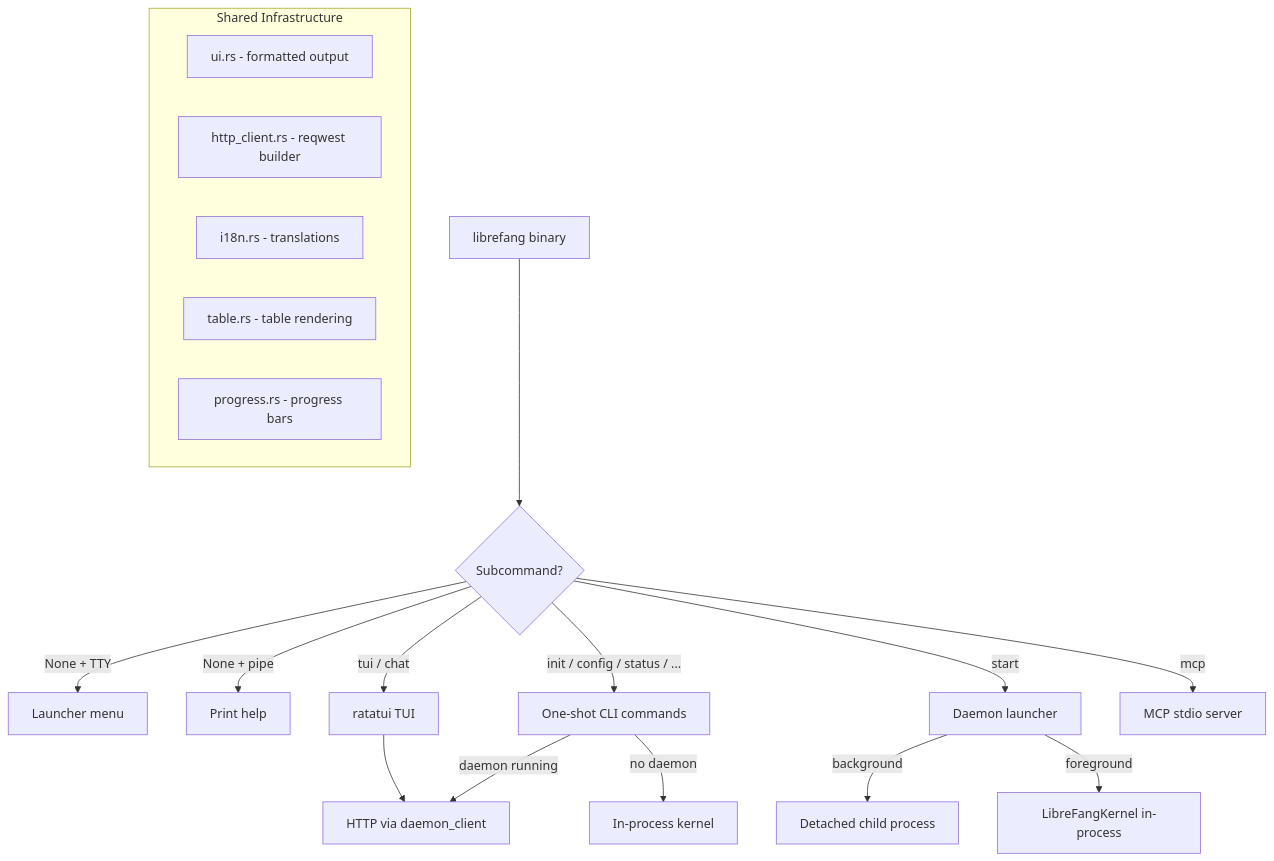
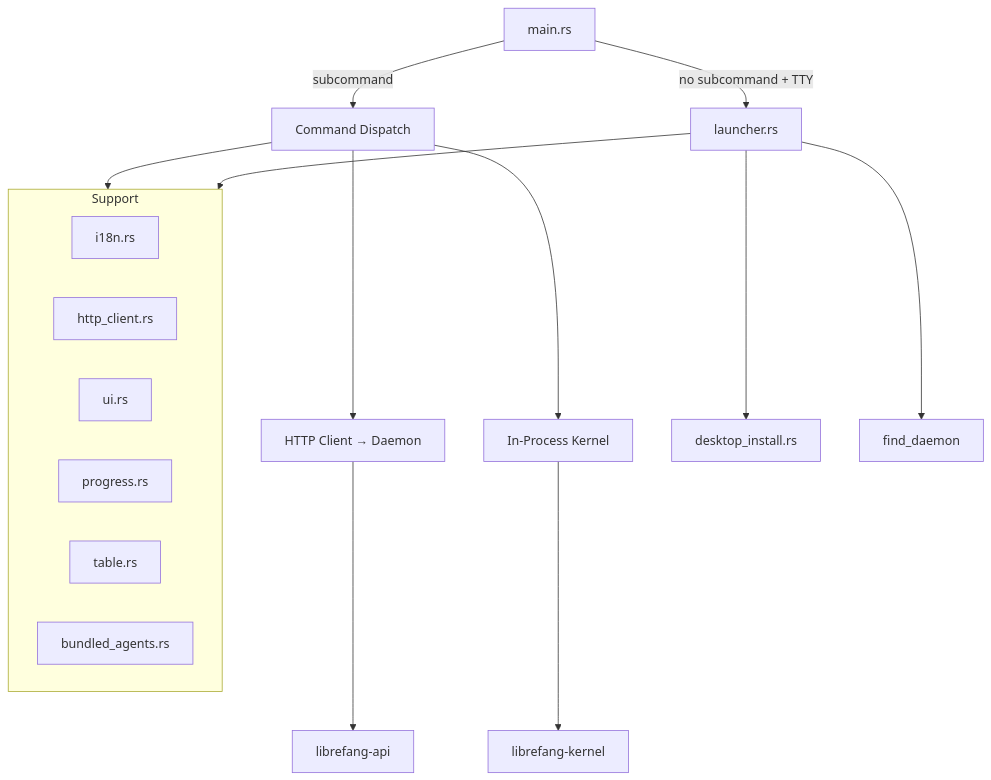
Before and after one commit to leszek3737/librefang-WIki: the diagram in cli-tui.md, drawn with Mermaid. The commit also changed other lines of this file and 118 other files, not shown here.

````diff
--- a/cli-tui.md
+++ b/cli-tui.md
@@ -9,26 +9,23 @@
 ```mermaid
 graph TD
-    A[librefang binary] --> B{Subcommand?}
-    B -->|None + TTY| C[Launcher menu]
-    B -->|None + pipe| D[Print help]
-    B -->|tui / chat| E[ratatui TUI]
-    B -->|init / config / status / ...| F[One-shot CLI commands]
-    B -->|start| G[Daemon launcher]
-    B -->|mcp| H[MCP stdio server]
-
-    F -->|daemon running| I[HTTP via daemon_client]
-    F -->|no daemon| J[In-process kernel]
-
-    G -->|background| K[Detached child process]
-    G -->|foreground| L[LibreFangKernel in-process]
-
-    E --> I
-
-    subgraph "Shared Infrastructure"
-        M[ui.rs - formatted output]
-        N[http_client.rs - reqwest builder]
-        O[i18n.rs - translations]
-        P[table.rs - table rendering]
-        Q[progress.rs - progress bars]
+    Entry[main.rs] -->|no subcommand + TTY| Launcher[launcher.rs]
+    Entry -->|subcommand| Dispatch[Command Dispatch]
+    Dispatch --> DaemonClient[HTTP Client → Daemon]
+    Dispatch --> InProcess[In-Process Kernel]
+    Launcher --> DesktopInstall[desktop_install.rs]
+    Launcher --> FindDaemon[find_daemon]
+    
+    subgraph Support
+        I18N[i18n.rs]
+        HTTP[http_client.rs]
+        UI[ui.rs]
+        Progress[progress.rs]
+        Table[table.rs]
+        Bundled[bundled_agents.rs]
     end
+    
+    Dispatch --> Support
+    Launcher --> Support
+    InProcess --> Kernel[librefang-kernel]
+    DaemonClient --> API[librefang-api]
 ```
````
